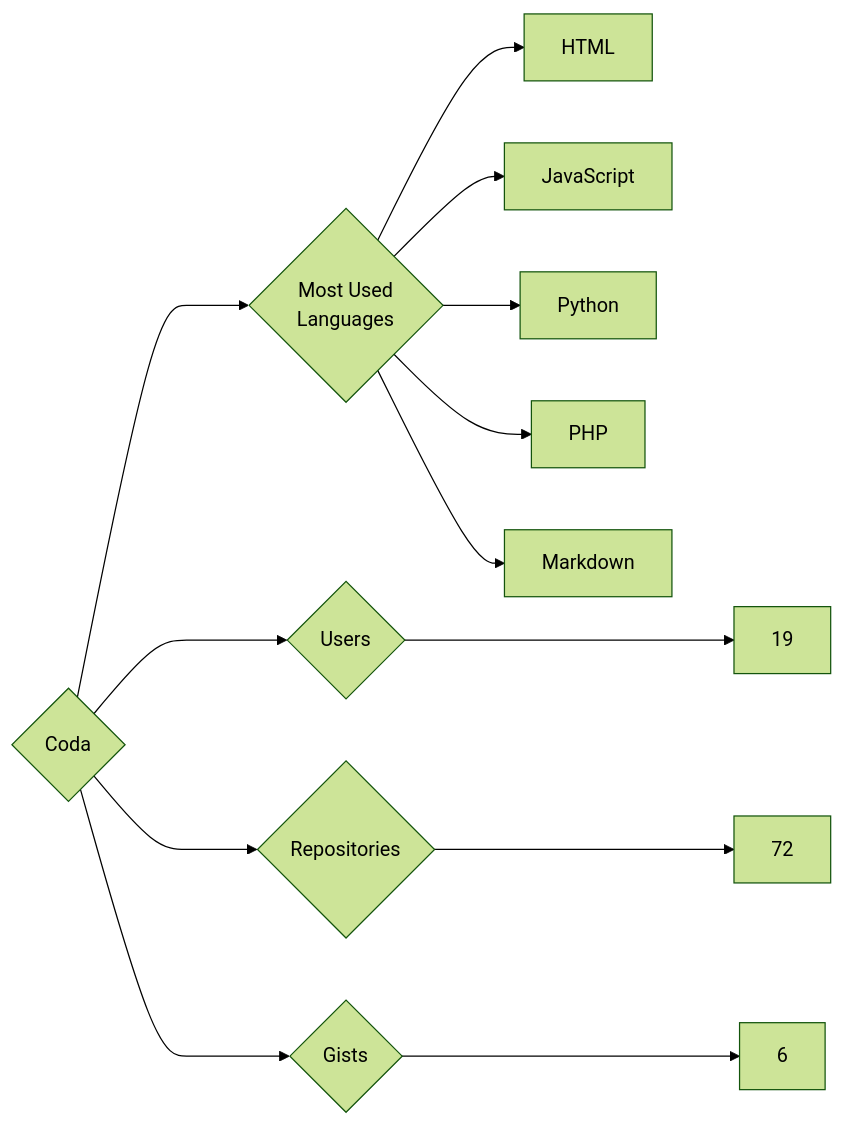
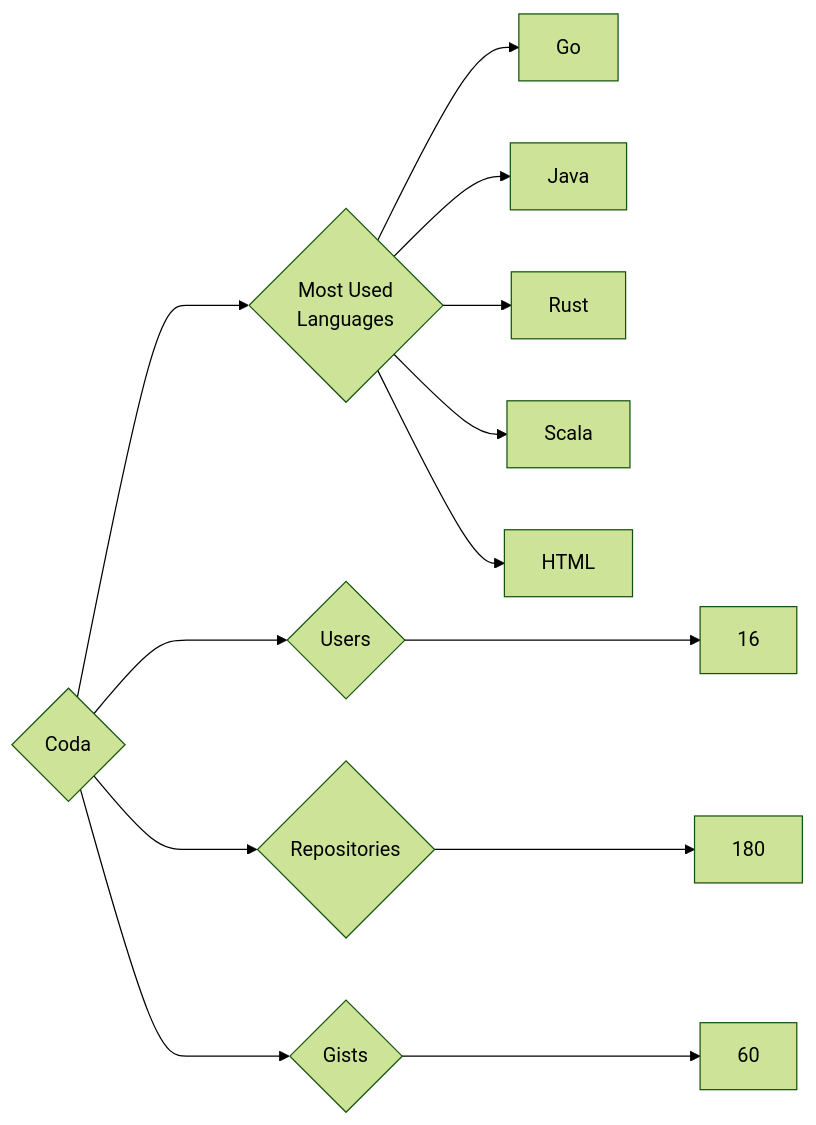
Before and after one commit to trickest/insiders: the diagram in targets/Coda/README.md, drawn with Mermaid (forest theme). The commit also changed 930 other files, not shown here.

````diff
--- a/targets/Coda/README.md
+++ b/targets/Coda/README.md
@@ -3,13 +3,13 @@
 ```mermaid
 graph LR
 COMPANY_NAME{Coda}
-COMPANY_NAME ---> U{Users} ---> UN[19]
-COMPANY_NAME ---> R{Repositories} ---> RN[72]
-COMPANY_NAME ---> G{Gists} ---> GN[6]
+COMPANY_NAME ---> U{Users} ---> UN[16]
+COMPANY_NAME ---> R{Repositories} ---> RN[180]
+COMPANY_NAME ---> G{Gists} ---> GN[60]
 COMPANY_NAME ---> ML{Most Used<br>Languages}
+ML --> Go[Go]
+ML --> Java[Java]
+ML --> Rust[Rust]
+ML --> Scala[Scala]
 ML --> HTML[HTML]
-ML --> JavaScript[JavaScript]
-ML --> Python[Python]
-ML --> PHP[PHP]
-ML --> Markdown[Markdown]
 ```
````
